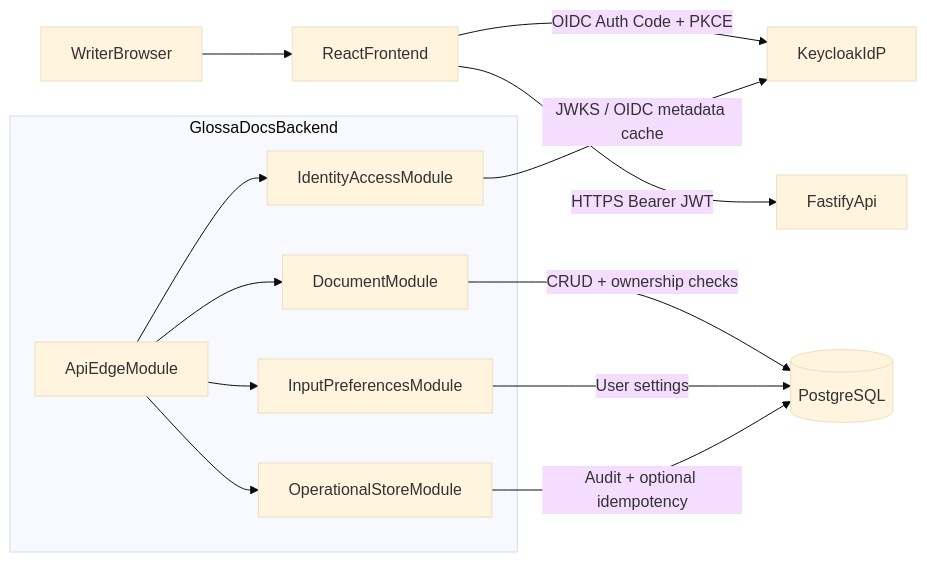
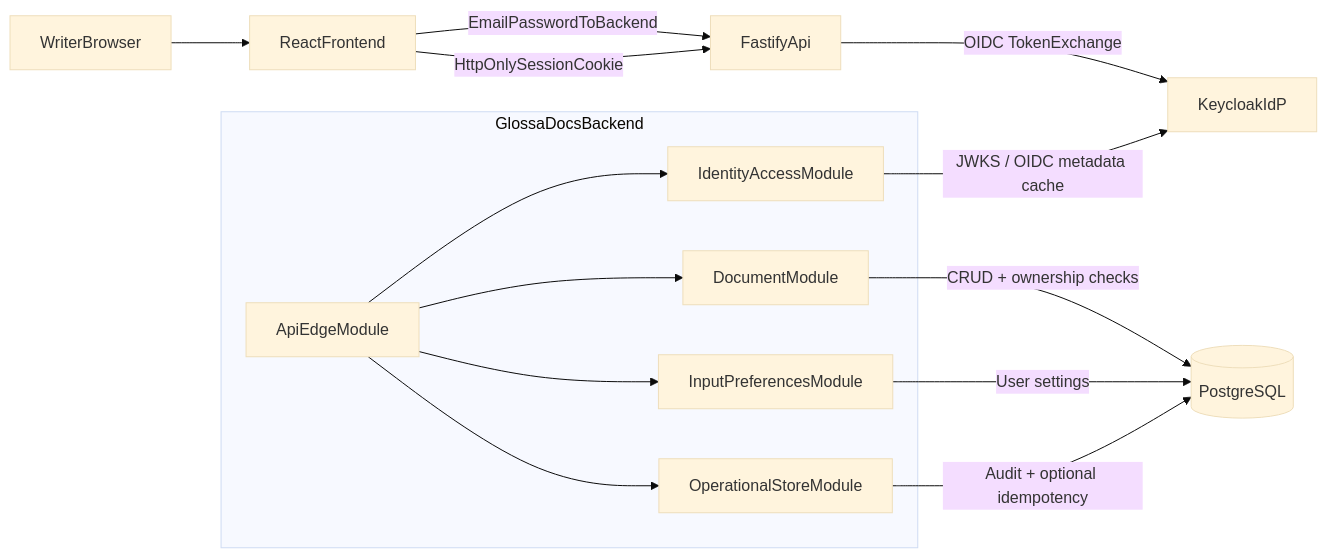
One commit to TommyKolb/GlossaDocs changed the diagram in docs/architecture/system.md. Above: the diagram before and after it, drawn with Mermaid (base theme). The commit also changed other lines of this file and 30 other files, not shown here.

````diff
--- a/docs/architecture/system.md
+++ b/docs/architecture/system.md
@@ -29,23 +29,24 @@
 ```mermaid
 flowchart LR
   user[WriterBrowser] --> fe[ReactFrontend]
-  fe -->|"OIDC Auth Code + PKCE"| kc[KeycloakIdP]
-  fe -->|"HTTPS Bearer JWT"| api[FastifyApi]
+  fe -->|"EmailPasswordToBackend"| api[FastifyApi]
+  api -->|"OIDC TokenExchange"| kc[KeycloakIdP]
+  fe -->|"HttpOnlySessionCookie"| api
 
   subgraph app [GlossaDocsBackend]
     edge[ApiEdgeModule]
     idm[IdentityAccessModule]
     docm[DocumentModule]
     setm[InputPreferencesModule]
     obs[OperationalStoreModule]
     edge --> idm
     edge --> docm
     edge --> setm
     edge --> obs
   end
 
   idm -->|"JWKS / OIDC metadata cache"| kc
   docm -->|"CRUD + ownership checks"| pg[(PostgreSQL)]
   setm -->|"User settings"| pg
   obs -->|"Audit + optional idempotency"| pg
 ```
````
